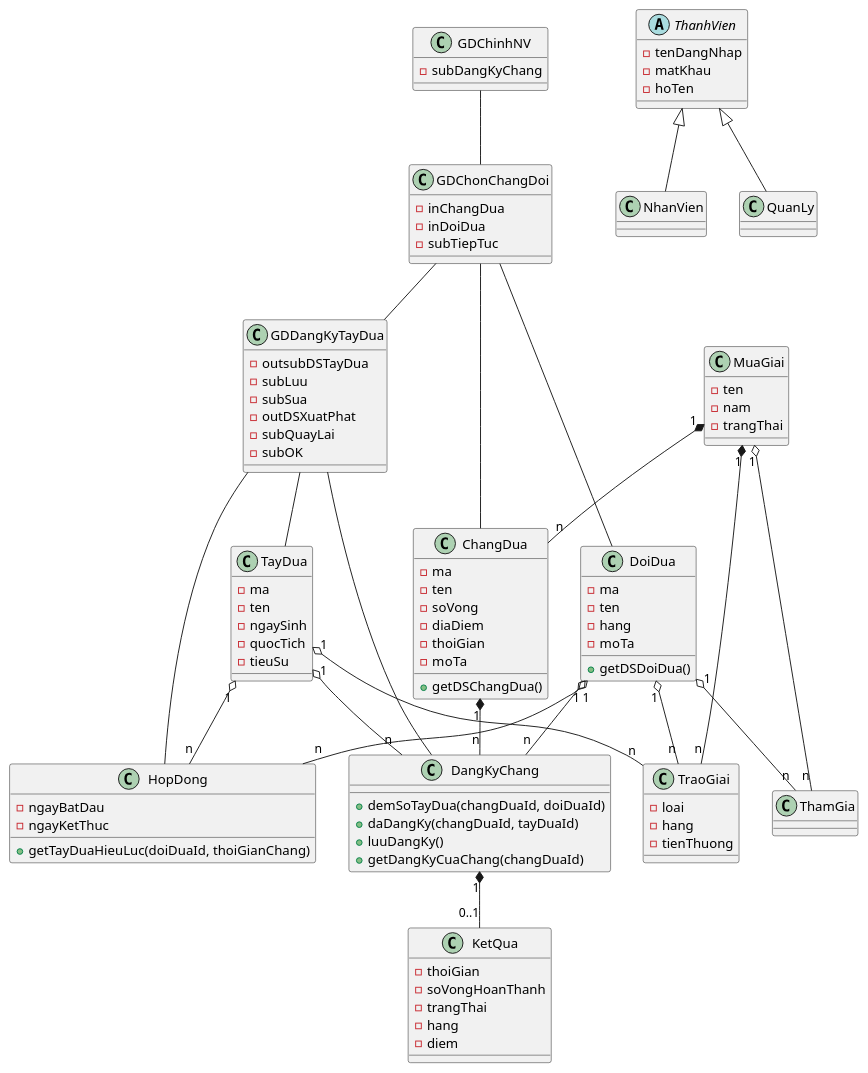
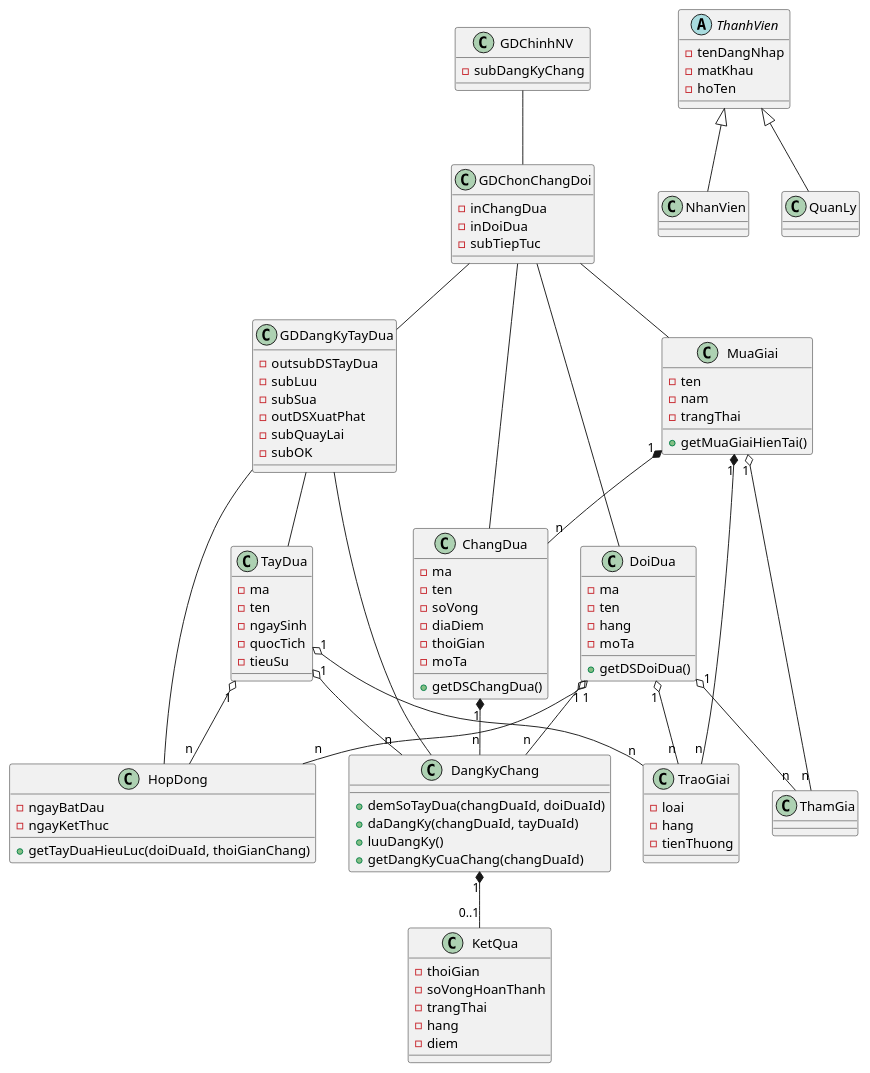
One commit to 7gho/CNPM-He2026 changed the third of 6 diagrams in Module 2 - Kin/noi-dung.md. Above: the diagram before and after it, drawn with PlantUML. The commit also changed other lines of this file and 41 other files, not shown here.

```diff
--- a/Module 2 - Kin/noi-dung.md
+++ b/Module 2 - Kin/noi-dung.md
@@ -258,6 +250,7 @@
   -ten
   -nam
   -trangThai
+  +getMuaGiaiHienTai()
 }
 
 class ChangDua {
@@ -330,6 +323,7 @@
 
 GDChinhNV -- GDChonChangDoi
 GDChonChangDoi -- GDDangKyTayDua
+GDChonChangDoi -- MuaGiai
 GDChonChangDoi -- ChangDua
 GDChonChangDoi -- DoiDua
 GDDangKyTayDua -- HopDong
```
